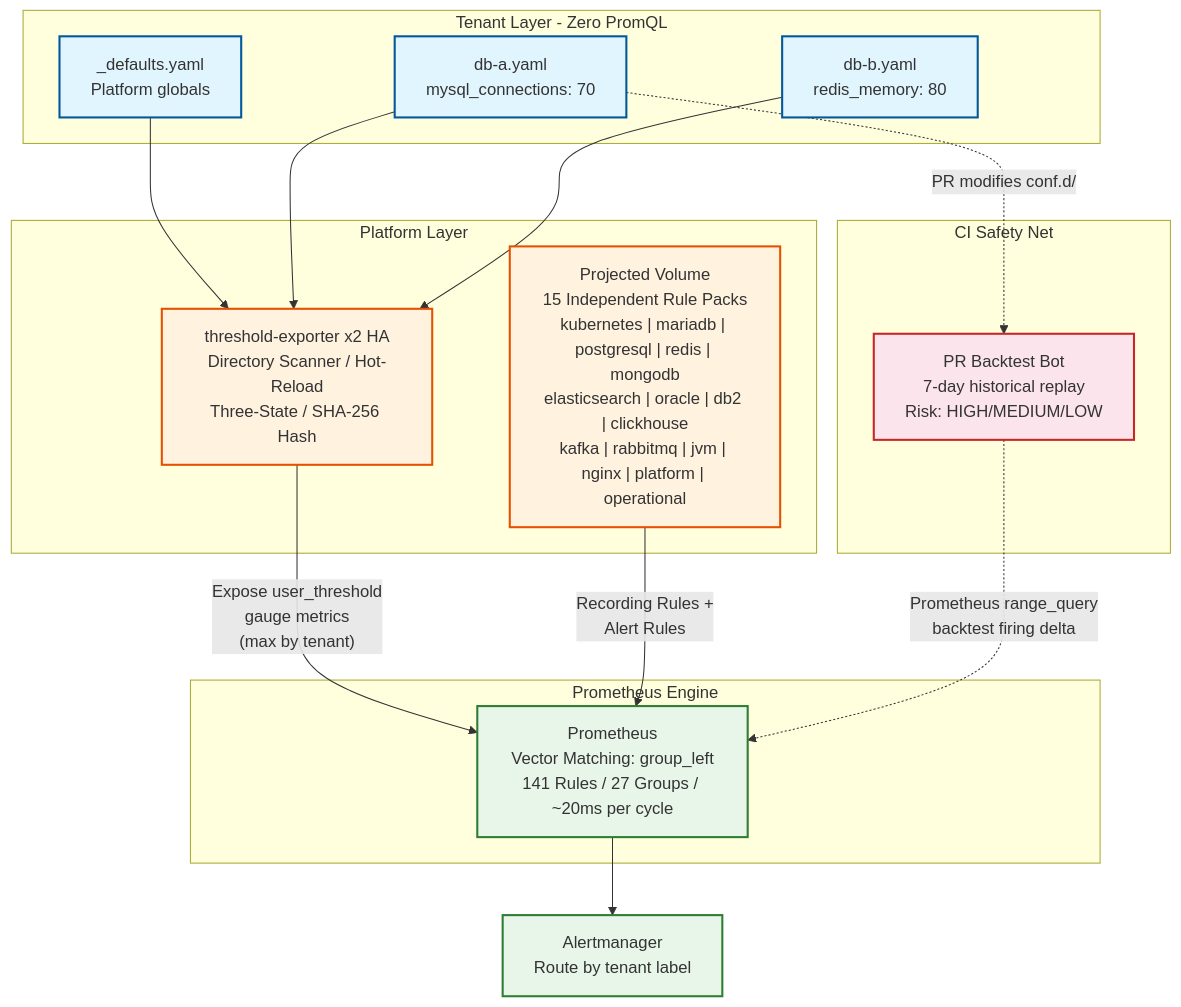
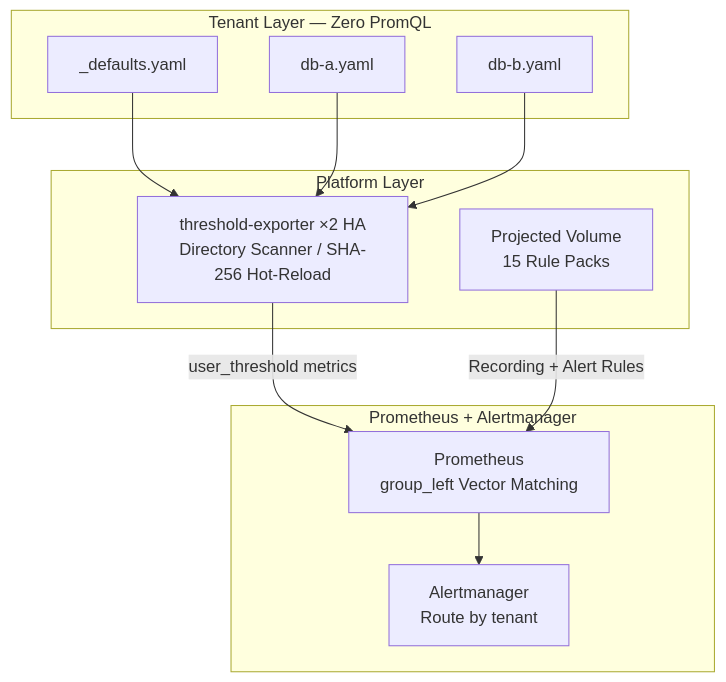
The diagram in README.md (vencil/Dynamic-Alerting-Integrations), drawn with Mermaid before and after one commit. The commit also changed other lines of this file and 120 other files, not shown here.

First line of the commit message:
v2.0.0-preview.2: Scalable Config Governance + DX Tooling + Roadmap Rewrite

````diff
--- a/README.md
+++ b/README.md
@@ -199,39 +80,25 @@
 ```mermaid
 graph TD
-    subgraph TL["Tenant Layer - Zero PromQL"]
-        D["_defaults.yaml<br/>Platform globals"]
-        T1["db-a.yaml<br/>mysql_connections: 70"]
-        T2["db-b.yaml<br/>redis_memory: 80"]
+    subgraph TL["Tenant Layer — Zero PromQL"]
+        D["_defaults.yaml"]
+        T1["db-a.yaml"]
+        T2["db-b.yaml"]
     end
 
     subgraph PL["Platform Layer"]
-        TE["threshold-exporter x2 HA<br/>Directory Scanner / Hot-Reload<br/>Three-State / SHA-256 Hash"]
-        RP["Projected Volume<br/>15 Independent Rule Packs<br/>kubernetes | mariadb | postgresql | redis | mongodb<br/>elasticsearch | oracle | db2 | clickhouse<br/>kafka | rabbitmq | jvm | nginx | platform | operational"]
+        TE["threshold-exporter ×2 HA<br/>Directory Scanner / SHA-256 Hot-Reload"]
+        RP["Projected Volume<br/>15 Rule Packs"]
     end
 
-    subgraph PE["Prometheus Engine"]
-        PROM["Prometheus<br/>Vector Matching: group_left<br/>141 Rules / 27 Groups / ~20ms per cycle"]
-    end
-
-    subgraph CI["CI Safety Net"]
-        BT["PR Backtest Bot<br/>7-day historical replay<br/>Risk: HIGH/MEDIUM/LOW"]
+    subgraph PE["Prometheus + Alertmanager"]
+        PROM["Prometheus<br/>group_left Vector Matching"]
+        AM["Alertmanager<br/>Route by tenant"]
     end
 
     D --> TE
     T1 --> TE
     T2 --> TE
-    TE -->|"Expose user_threshold<br/>gauge metrics<br/>(max by tenant)"| PROM
-    RP -->|"Recording Rules +<br/>Alert Rules"| PROM
-    PROM --> AM["Alertmanager<br/>Route by tenant label"]
-    T1 -.->|"PR modifies conf.d/"| BT
-    BT -.->|"Prometheus range_query<br/>backtest firing delta"| PROM
-
-    classDef tenant fill:#e1f5fe,stroke:#01579b,stroke-width:2px
-    classDef platform fill:#fff3e0,stroke:#e65100,stroke-width:2px
-    classDef engine fill:#e8f5e9,stroke:#2e7d32,stroke-width:2px
-    classDef ci fill:#fce4ec,stroke:#c62828,stroke-width:2px
-    class D,T1,T2 tenant
-    class TE,RP platform
-    class PROM,AM engine
-    class BT ci
+    TE -->|user_threshold metrics| PROM
+    RP -->|Recording + Alert Rules| PROM
+    PROM --> AM
 ```
````
